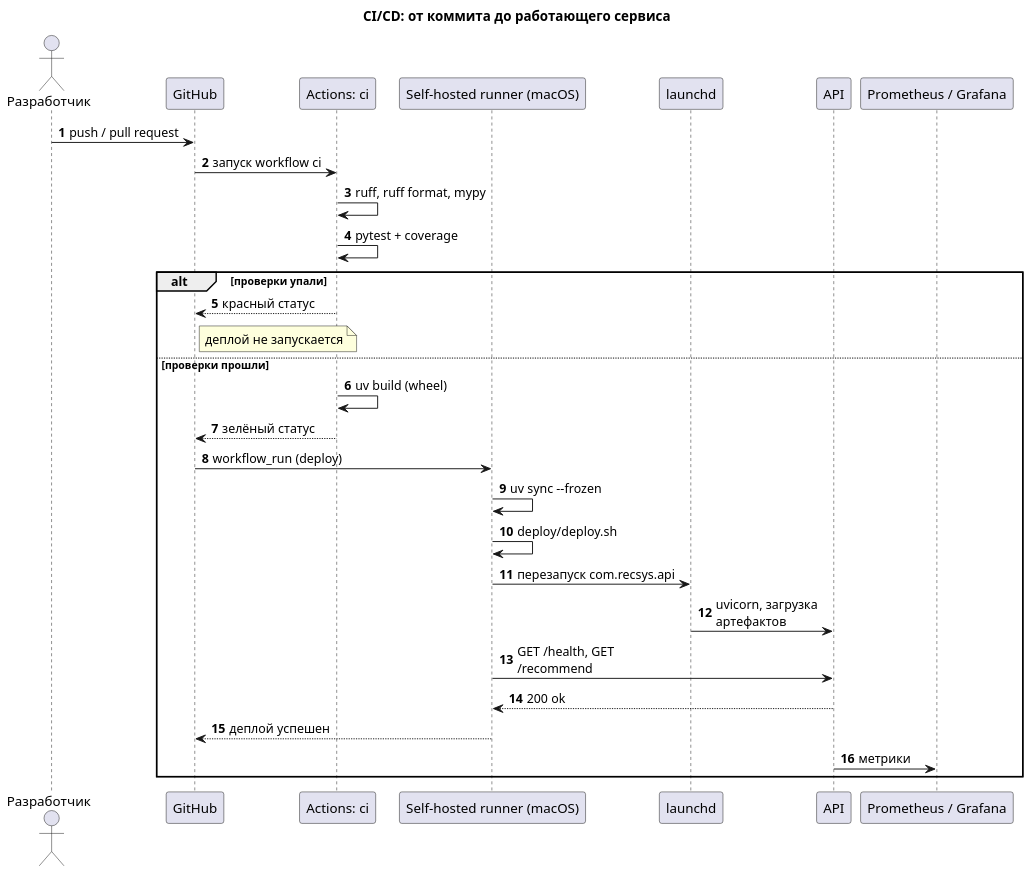
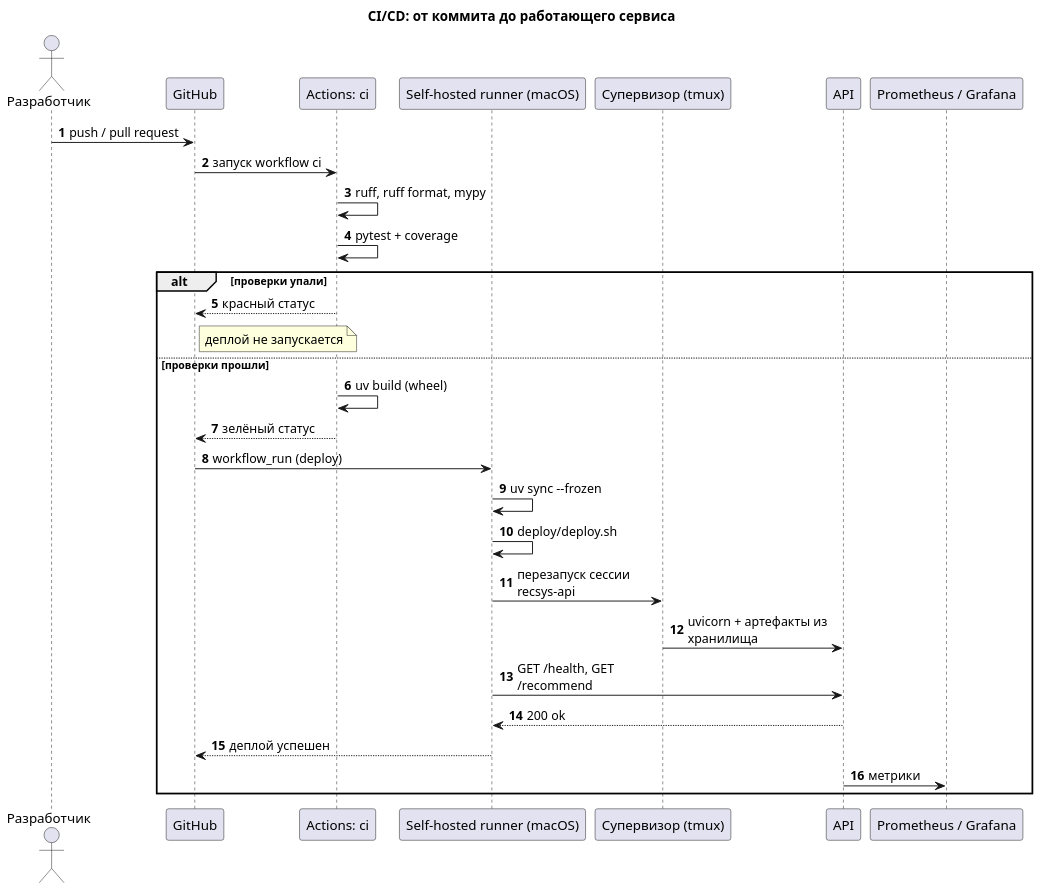
One commit to SlavikJunior/recsys-ecommerce changed the diagram in docs/diagrams/sequence-deploy.puml. Above: the diagram before and after it, drawn with PlantUML. The commit also changed 9 other files, not shown here.

```diff
--- a/docs/diagrams/sequence-deploy.puml
+++ b/docs/diagrams/sequence-deploy.puml
@@ -1,35 +1,35 @@
 @startuml
 skinparam dpi 150
 skinparam maxMessageSize 180
 autonumber
 title CI/CD: от коммита до работающего сервиса
 
 actor "Разработчик" as Dev
 participant "GitHub" as GH
 participant "Actions: ci" as CI
 participant "Self-hosted runner (macOS)" as CD
-participant "launchd" as L
+participant "Супервизор (tmux)" as L
 participant "API" as A
 participant "Prometheus / Grafana" as M
 
 Dev -> GH : push / pull request
 GH -> CI : запуск workflow ci
 CI -> CI : ruff, ruff format, mypy
 CI -> CI : pytest + coverage
 alt проверки упали
   CI --> GH : красный статус
   note right of GH : деплой не запускается
 else проверки прошли
   CI -> CI : uv build (wheel)
   CI --> GH : зелёный статус
   GH -> CD : workflow_run (deploy)
   CD -> CD : uv sync --frozen
   CD -> CD : deploy/deploy.sh
-  CD -> L : перезапуск com.recsys.api
-  L -> A : uvicorn, загрузка артефактов
+  CD -> L : перезапуск сессии recsys-api
+  L -> A : uvicorn + артефакты из хранилища
   CD -> A : GET /health, GET /recommend
   A --> CD : 200 ok
   CD --> GH : деплой успешен
   A -> M : метрики
 end
 @enduml
```
